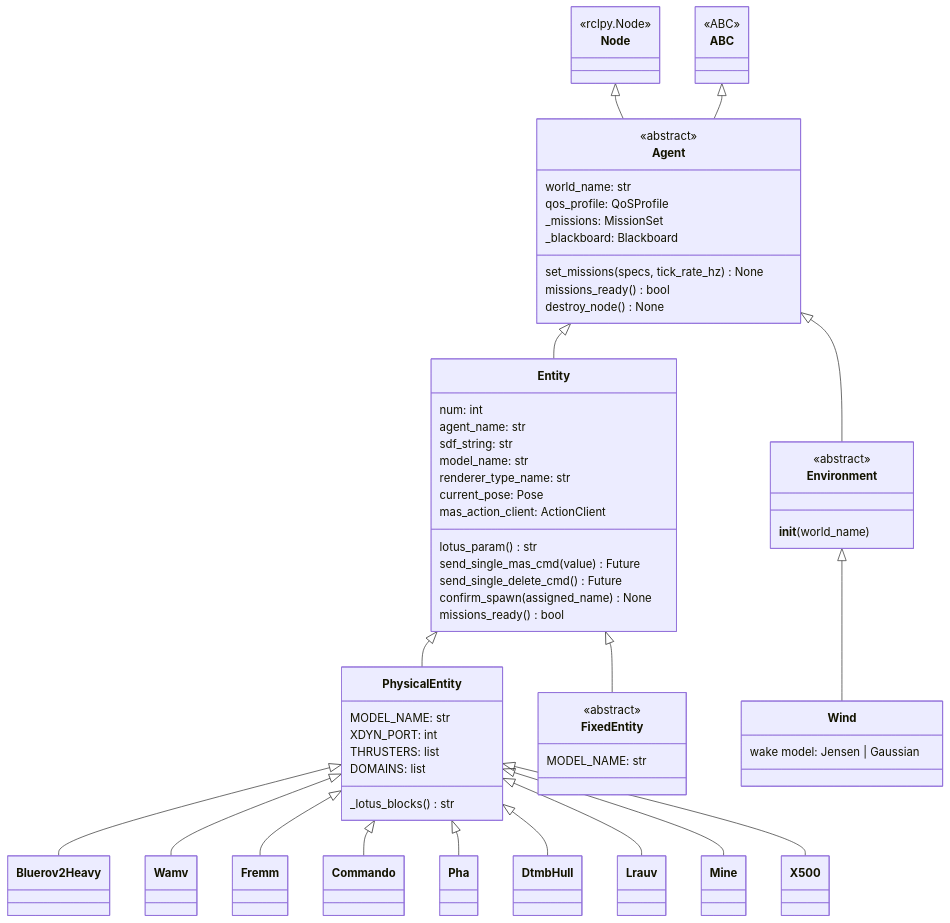
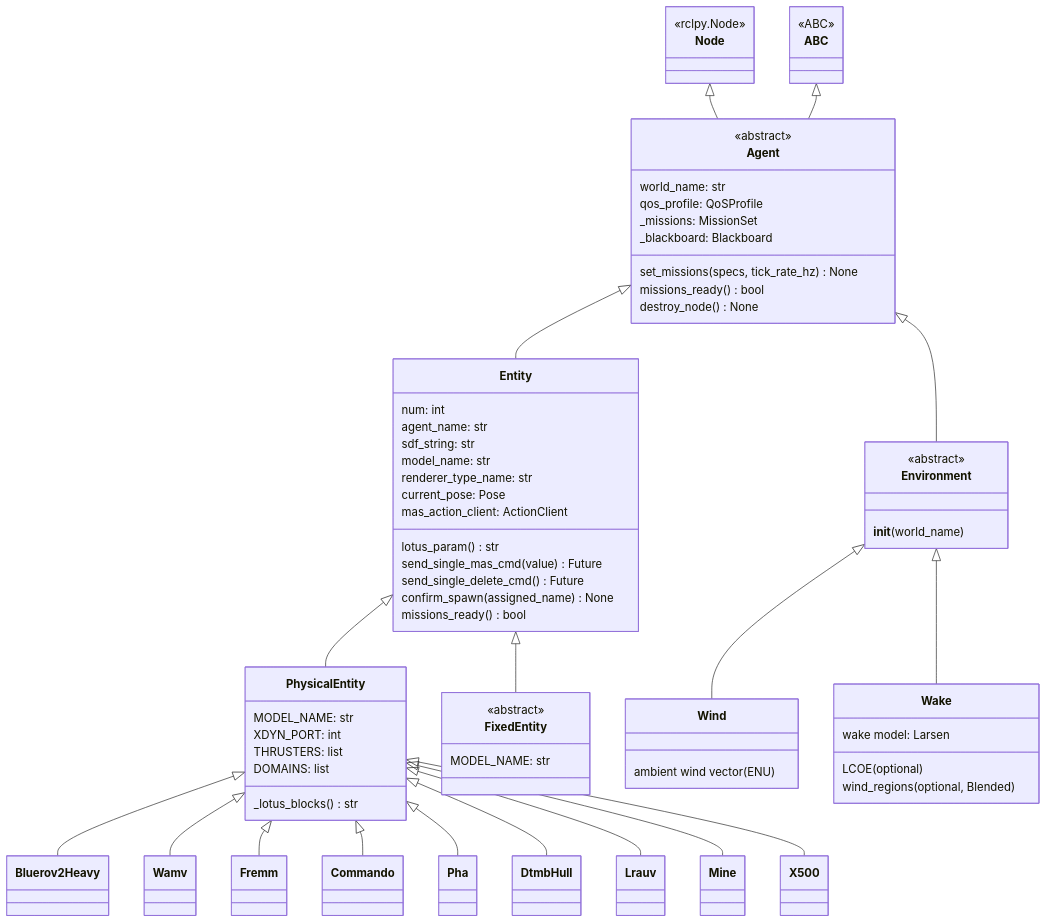
The second of 4 diagrams in doc/ARCHITECTURE.md (IRL-Crossing-CNRS/LOTUSim-generic-scenario), drawn with Mermaid before and after one commit. The commit also changed other lines of this file and 47 other files, not shown here.

First line of the commit message:
refactor: overhaul wind/wake system with Larsen model and Gazebo plugin

````diff
--- a/doc/ARCHITECTURE.md
+++ b/doc/ARCHITECTURE.md
@@ -193,7 +194,13 @@
     PhysicalEntity <|-- X500
 
     class Wind {
-        wake model: Jensen | Gaussian
+        ambient wind vector (ENU)
+    }
+    class Wake {
+        wake model: Larsen
+        LCOE (optional)
+        wind_regions (optional, Blended)
     }
     Environment <|-- Wind
+    Environment <|-- Wake
 ```
````
